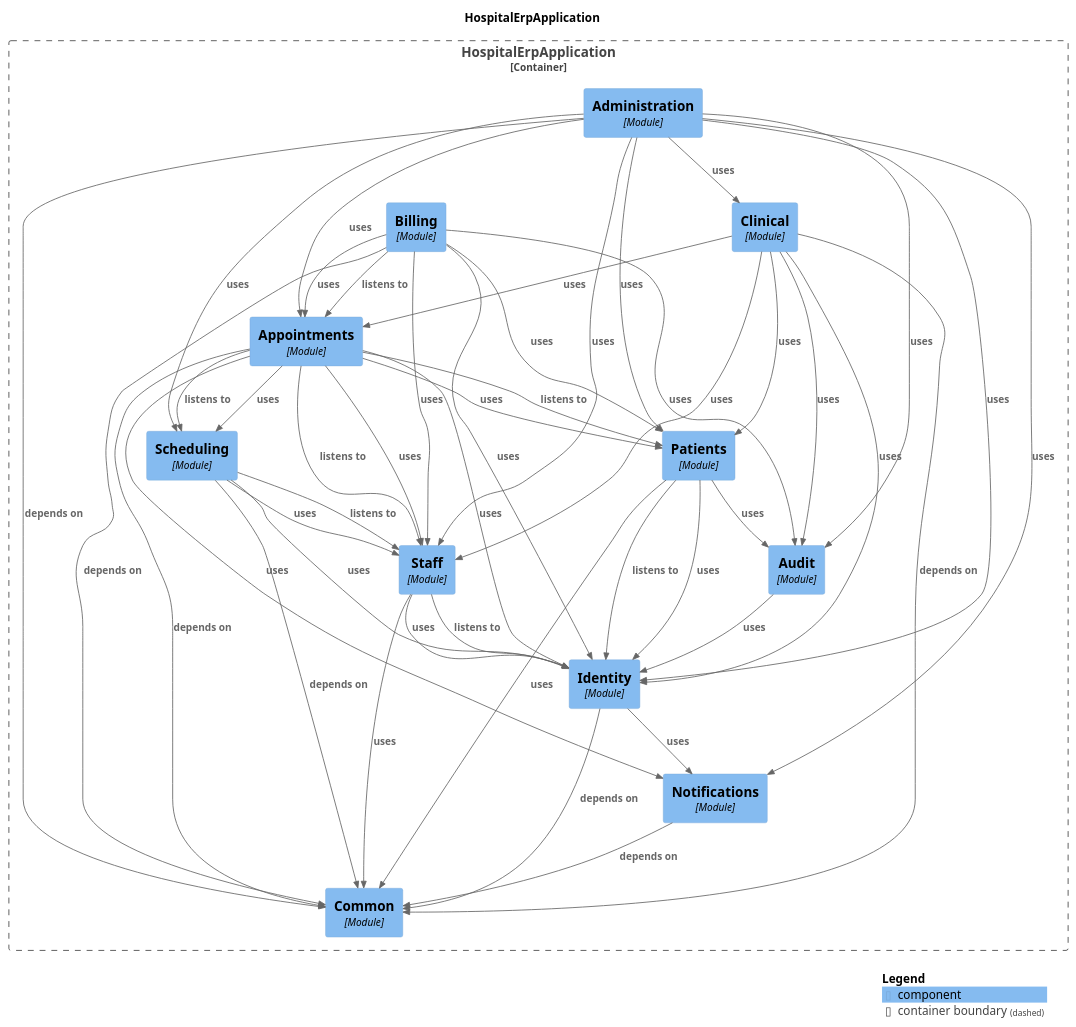
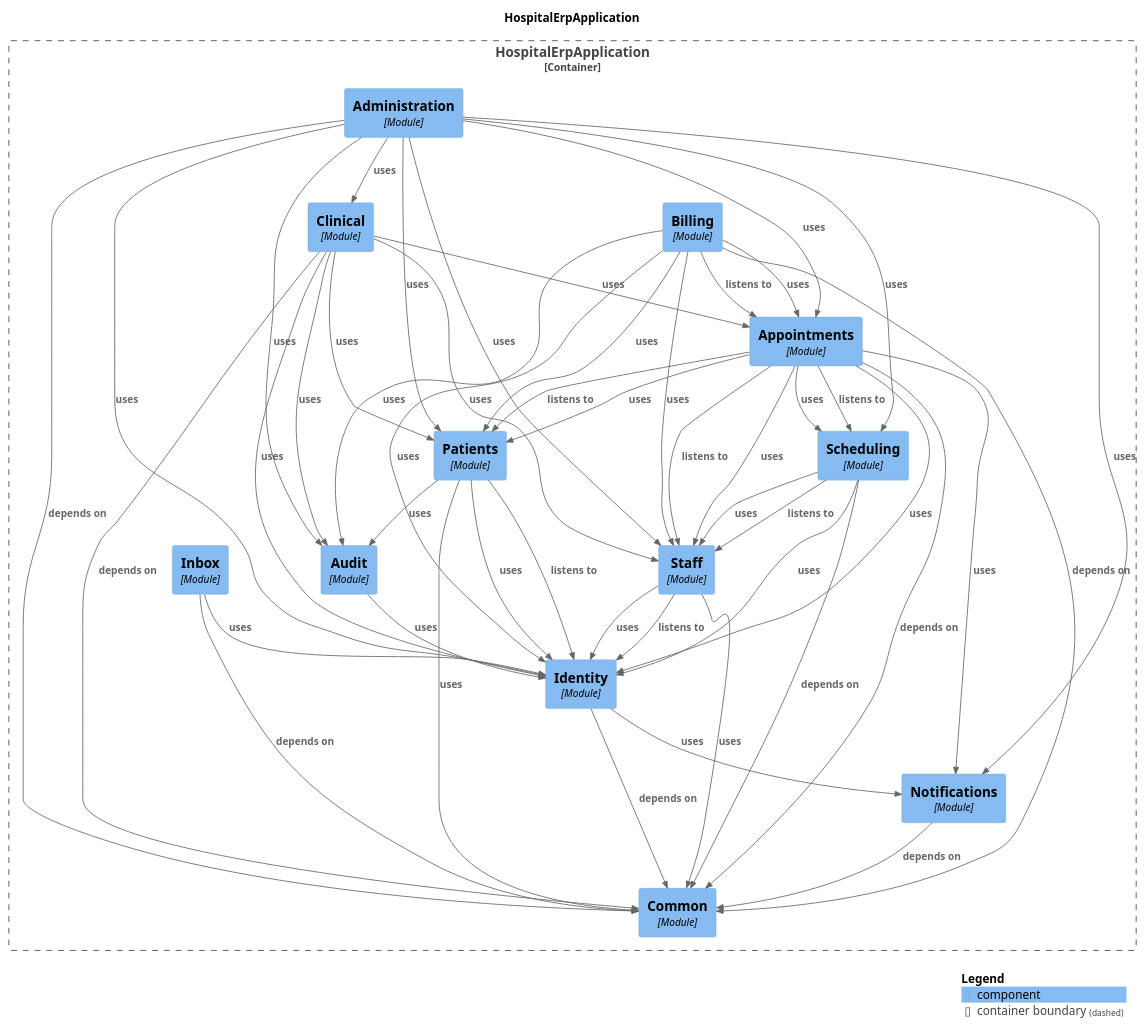
The diagram in docs/modules/components.puml (harshsharma5720/HospitalERP), drawn with PlantUML before and after one commit. The commit also changed 35 other files, not shown here.

```diff
--- a/docs/modules/components.puml
+++ b/docs/modules/components.puml
@@ -9,6 +9,7 @@
 !include <C4/C4_Component>
 
 Container_Boundary("HospitalErpApplication.HospitalErpApplication_boundary", "HospitalErpApplication", $tags="") {
+  Component(HospitalErpApplication.HospitalErpApplication.Scheduling, "Scheduling", $techn="Module", $descr="", $tags="", $link="")
   Component(HospitalErpApplication.HospitalErpApplication.Appointments, "Appointments", $techn="Module", $descr="", $tags="", $link="")
   Component(HospitalErpApplication.HospitalErpApplication.Billing, "Billing", $techn="Module", $descr="", $tags="", $link="")
   Component(HospitalErpApplication.HospitalErpApplication.Clinical, "Clinical", $techn="Module", $descr="", $tags="", $link="")
@@ -17,18 +18,50 @@
   Component(HospitalErpApplication.HospitalErpApplication.Notifications, "Notifications", $techn="Module", $descr="", $tags="", $link="")
   Component(HospitalErpApplication.HospitalErpApplication.Identity, "Identity", $techn="Module", $descr="", $tags="", $link="")
   Component(HospitalErpApplication.HospitalErpApplication.Audit, "Audit", $techn="Module", $descr="", $tags="", $link="")
+  Component(HospitalErpApplication.HospitalErpApplication.Inbox, "Inbox", $techn="Module", $descr="", $tags="", $link="")
   Component(HospitalErpApplication.HospitalErpApplication.Staff, "Staff", $techn="Module", $descr="", $tags="", $link="")
   Component(HospitalErpApplication.HospitalErpApplication.Patients, "Patients", $techn="Module", $descr="", $tags="", $link="")
-  Component(HospitalErpApplication.HospitalErpApplication.Scheduling, "Scheduling", $techn="Module", $descr="", $tags="", $link="")
 }
 
-Rel(HospitalErpApplication.HospitalErpApplication.Identity, HospitalErpApplication.HospitalErpApplication.Common, "depends on", $techn="", $tags="", $link="")
-Rel(HospitalErpApplication.HospitalErpApplication.Identity, HospitalErpApplication.HospitalErpApplication.Notifications, "uses", $techn="", $tags="", $link="")
-Rel(HospitalErpApplication.HospitalErpApplication.Audit, HospitalErpApplication.HospitalErpApplication.Identity, "uses", $techn="", $tags="", $link="")
+Rel(HospitalErpApplication.HospitalErpApplication.Billing, HospitalErpApplication.HospitalErpApplication.Appointments, "listens to", $techn="", $tags="", $link="")
+Rel(HospitalErpApplication.HospitalErpApplication.Billing, HospitalErpApplication.HospitalErpApplication.Common, "depends on", $techn="", $tags="", $link="")
+Rel(HospitalErpApplication.HospitalErpApplication.Billing, HospitalErpApplication.HospitalErpApplication.Identity, "uses", $techn="", $tags="", $link="")
+Rel(HospitalErpApplication.HospitalErpApplication.Billing, HospitalErpApplication.HospitalErpApplication.Appointments, "uses", $techn="", $tags="", $link="")
+Rel(HospitalErpApplication.HospitalErpApplication.Billing, HospitalErpApplication.HospitalErpApplication.Audit, "uses", $techn="", $tags="", $link="")
+Rel(HospitalErpApplication.HospitalErpApplication.Billing, HospitalErpApplication.HospitalErpApplication.Staff, "uses", $techn="", $tags="", $link="")
+Rel(HospitalErpApplication.HospitalErpApplication.Billing, HospitalErpApplication.HospitalErpApplication.Patients, "uses", $techn="", $tags="", $link="")
+Rel(HospitalErpApplication.HospitalErpApplication.Notifications, HospitalErpApplication.HospitalErpApplication.Common, "depends on", $techn="", $tags="", $link="")
 Rel(HospitalErpApplication.HospitalErpApplication.Scheduling, HospitalErpApplication.HospitalErpApplication.Staff, "listens to", $techn="", $tags="", $link="")
 Rel(HospitalErpApplication.HospitalErpApplication.Scheduling, HospitalErpApplication.HospitalErpApplication.Common, "depends on", $techn="", $tags="", $link="")
 Rel(HospitalErpApplication.HospitalErpApplication.Scheduling, HospitalErpApplication.HospitalErpApplication.Staff, "uses", $techn="", $tags="", $link="")
 Rel(HospitalErpApplication.HospitalErpApplication.Scheduling, HospitalErpApplication.HospitalErpApplication.Identity, "uses", $techn="", $tags="", $link="")
+Rel(HospitalErpApplication.HospitalErpApplication.Patients, HospitalErpApplication.HospitalErpApplication.Identity, "listens to", $techn="", $tags="", $link="")
+Rel(HospitalErpApplication.HospitalErpApplication.Patients, HospitalErpApplication.HospitalErpApplication.Identity, "uses", $techn="", $tags="", $link="")
+Rel(HospitalErpApplication.HospitalErpApplication.Patients, HospitalErpApplication.HospitalErpApplication.Common, "uses", $techn="", $tags="", $link="")
+Rel(HospitalErpApplication.HospitalErpApplication.Patients, HospitalErpApplication.HospitalErpApplication.Audit, "uses", $techn="", $tags="", $link="")
+Rel(HospitalErpApplication.HospitalErpApplication.Audit, HospitalErpApplication.HospitalErpApplication.Identity, "uses", $techn="", $tags="", $link="")
+Rel(HospitalErpApplication.HospitalErpApplication.Inbox, HospitalErpApplication.HospitalErpApplication.Common, "depends on", $techn="", $tags="", $link="")
+Rel(HospitalErpApplication.HospitalErpApplication.Inbox, HospitalErpApplication.HospitalErpApplication.Identity, "uses", $techn="", $tags="", $link="")
+Rel(HospitalErpApplication.HospitalErpApplication.Staff, HospitalErpApplication.HospitalErpApplication.Identity, "listens to", $techn="", $tags="", $link="")
+Rel(HospitalErpApplication.HospitalErpApplication.Staff, HospitalErpApplication.HospitalErpApplication.Identity, "uses", $techn="", $tags="", $link="")
+Rel(HospitalErpApplication.HospitalErpApplication.Staff, HospitalErpApplication.HospitalErpApplication.Common, "uses", $techn="", $tags="", $link="")
+Rel(HospitalErpApplication.HospitalErpApplication.Clinical, HospitalErpApplication.HospitalErpApplication.Common, "depends on", $techn="", $tags="", $link="")
+Rel(HospitalErpApplication.HospitalErpApplication.Clinical, HospitalErpApplication.HospitalErpApplication.Appointments, "uses", $techn="", $tags="", $link="")
+Rel(HospitalErpApplication.HospitalErpApplication.Clinical, HospitalErpApplication.HospitalErpApplication.Staff, "uses", $techn="", $tags="", $link="")
+Rel(HospitalErpApplication.HospitalErpApplication.Clinical, HospitalErpApplication.HospitalErpApplication.Patients, "uses", $techn="", $tags="", $link="")
+Rel(HospitalErpApplication.HospitalErpApplication.Clinical, HospitalErpApplication.HospitalErpApplication.Identity, "uses", $techn="", $tags="", $link="")
+Rel(HospitalErpApplication.HospitalErpApplication.Clinical, HospitalErpApplication.HospitalErpApplication.Audit, "uses", $techn="", $tags="", $link="")
+Rel(HospitalErpApplication.HospitalErpApplication.Appointments, HospitalErpApplication.HospitalErpApplication.Staff, "listens to", $techn="", $tags="", $link="")
+Rel(HospitalErpApplication.HospitalErpApplication.Appointments, HospitalErpApplication.HospitalErpApplication.Patients, "listens to", $techn="", $tags="", $link="")
+Rel(HospitalErpApplication.HospitalErpApplication.Appointments, HospitalErpApplication.HospitalErpApplication.Scheduling, "listens to", $techn="", $tags="", $link="")
+Rel(HospitalErpApplication.HospitalErpApplication.Appointments, HospitalErpApplication.HospitalErpApplication.Common, "depends on", $techn="", $tags="", $link="")
+Rel(HospitalErpApplication.HospitalErpApplication.Appointments, HospitalErpApplication.HospitalErpApplication.Patients, "uses", $techn="", $tags="", $link="")
+Rel(HospitalErpApplication.HospitalErpApplication.Appointments, HospitalErpApplication.HospitalErpApplication.Staff, "uses", $techn="", $tags="", $link="")
+Rel(HospitalErpApplication.HospitalErpApplication.Appointments, HospitalErpApplication.HospitalErpApplication.Scheduling, "uses", $techn="", $tags="", $link="")
+Rel(HospitalErpApplication.HospitalErpApplication.Appointments, HospitalErpApplication.HospitalErpApplication.Identity, "uses", $techn="", $tags="", $link="")
+Rel(HospitalErpApplication.HospitalErpApplication.Appointments, HospitalErpApplication.HospitalErpApplication.Notifications, "uses", $techn="", $tags="", $link="")
+Rel(HospitalErpApplication.HospitalErpApplication.Identity, HospitalErpApplication.HospitalErpApplication.Common, "depends on", $techn="", $tags="", $link="")
+Rel(HospitalErpApplication.HospitalErpApplication.Identity, HospitalErpApplication.HospitalErpApplication.Notifications, "uses", $techn="", $tags="", $link="")
 Rel(HospitalErpApplication.HospitalErpApplication.Administration, HospitalErpApplication.HospitalErpApplication.Common, "depends on", $techn="", $tags="", $link="")
 Rel(HospitalErpApplication.HospitalErpApplication.Administration, HospitalErpApplication.HospitalErpApplication.Identity, "uses", $techn="", $tags="", $link="")
 Rel(HospitalErpApplication.HospitalErpApplication.Administration, HospitalErpApplication.HospitalErpApplication.Patients, "uses", $techn="", $tags="", $link="")
@@ -38,36 +71,6 @@
 Rel(HospitalErpApplication.HospitalErpApplication.Administration, HospitalErpApplication.HospitalErpApplication.Notifications, "uses", $techn="", $tags="", $link="")
 Rel(HospitalErpApplication.HospitalErpApplication.Administration, HospitalErpApplication.HospitalErpApplication.Clinical, "uses", $techn="", $tags="", $link="")
 Rel(HospitalErpApplication.HospitalErpApplication.Administration, HospitalErpApplication.HospitalErpApplication.Scheduling, "uses", $techn="", $tags="", $link="")
-Rel(HospitalErpApplication.HospitalErpApplication.Notifications, HospitalErpApplication.HospitalErpApplication.Common, "depends on", $techn="", $tags="", $link="")
-Rel(HospitalErpApplication.HospitalErpApplication.Staff, HospitalErpApplication.HospitalErpApplication.Identity, "listens to", $techn="", $tags="", $link="")
-Rel(HospitalErpApplication.HospitalErpApplication.Staff, HospitalErpApplication.HospitalErpApplication.Identity, "uses", $techn="", $tags="", $link="")
-Rel(HospitalErpApplication.HospitalErpApplication.Staff, HospitalErpApplication.HospitalErpApplication.Common, "uses", $techn="", $tags="", $link="")
-Rel(HospitalErpApplication.HospitalErpApplication.Appointments, HospitalErpApplication.HospitalErpApplication.Staff, "listens to", $techn="", $tags="", $link="")
-Rel(HospitalErpApplication.HospitalErpApplication.Appointments, HospitalErpApplication.HospitalErpApplication.Patients, "listens to", $techn="", $tags="", $link="")
-Rel(HospitalErpApplication.HospitalErpApplication.Appointments, HospitalErpApplication.HospitalErpApplication.Scheduling, "listens to", $techn="", $tags="", $link="")
-Rel(HospitalErpApplication.HospitalErpApplication.Appointments, HospitalErpApplication.HospitalErpApplication.Common, "depends on", $techn="", $tags="", $link="")
-Rel(HospitalErpApplication.HospitalErpApplication.Appointments, HospitalErpApplication.HospitalErpApplication.Patients, "uses", $techn="", $tags="", $link="")
-Rel(HospitalErpApplication.HospitalErpApplication.Appointments, HospitalErpApplication.HospitalErpApplication.Staff, "uses", $techn="", $tags="", $link="")
-Rel(HospitalErpApplication.HospitalErpApplication.Appointments, HospitalErpApplication.HospitalErpApplication.Scheduling, "uses", $techn="", $tags="", $link="")
-Rel(HospitalErpApplication.HospitalErpApplication.Appointments, HospitalErpApplication.HospitalErpApplication.Identity, "uses", $techn="", $tags="", $link="")
-Rel(HospitalErpApplication.HospitalErpApplication.Appointments, HospitalErpApplication.HospitalErpApplication.Notifications, "uses", $techn="", $tags="", $link="")
-Rel(HospitalErpApplication.HospitalErpApplication.Billing, HospitalErpApplication.HospitalErpApplication.Appointments, "listens to", $techn="", $tags="", $link="")
-Rel(HospitalErpApplication.HospitalErpApplication.Billing, HospitalErpApplication.HospitalErpApplication.Common, "depends on", $techn="", $tags="", $link="")
-Rel(HospitalErpApplication.HospitalErpApplication.Billing, HospitalErpApplication.HospitalErpApplication.Identity, "uses", $techn="", $tags="", $link="")
-Rel(HospitalErpApplication.HospitalErpApplication.Billing, HospitalErpApplication.HospitalErpApplication.Appointments, "uses", $techn="", $tags="", $link="")
-Rel(HospitalErpApplication.HospitalErpApplication.Billing, HospitalErpApplication.HospitalErpApplication.Audit, "uses", $techn="", $tags="", $link="")
-Rel(HospitalErpApplication.HospitalErpApplication.Billing, HospitalErpApplication.HospitalErpApplication.Staff, "uses", $techn="", $tags="", $link="")
-Rel(HospitalErpApplication.HospitalErpApplication.Billing, HospitalErpApplication.HospitalErpApplication.Patients, "uses", $techn="", $tags="", $link="")
-Rel(HospitalErpApplication.HospitalErpApplication.Clinical, HospitalErpApplication.HospitalErpApplication.Common, "depends on", $techn="", $tags="", $link="")
-Rel(HospitalErpApplication.HospitalErpApplication.Clinical, HospitalErpApplication.HospitalErpApplication.Appointments, "uses", $techn="", $tags="", $link="")
-Rel(HospitalErpApplication.HospitalErpApplication.Clinical, HospitalErpApplication.HospitalErpApplication.Staff, "uses", $techn="", $tags="", $link="")
-Rel(HospitalErpApplication.HospitalErpApplication.Clinical, HospitalErpApplication.HospitalErpApplication.Patients, "uses", $techn="", $tags="", $link="")
-Rel(HospitalErpApplication.HospitalErpApplication.Clinical, HospitalErpApplication.HospitalErpApplication.Identity, "uses", $techn="", $tags="", $link="")
-Rel(HospitalErpApplication.HospitalErpApplication.Clinical, HospitalErpApplication.HospitalErpApplication.Audit, "uses", $techn="", $tags="", $link="")
-Rel(HospitalErpApplication.HospitalErpApplication.Patients, HospitalErpApplication.HospitalErpApplication.Identity, "listens to", $techn="", $tags="", $link="")
-Rel(HospitalErpApplication.HospitalErpApplication.Patients, HospitalErpApplication.HospitalErpApplication.Identity, "uses", $techn="", $tags="", $link="")
-Rel(HospitalErpApplication.HospitalErpApplication.Patients, HospitalErpApplication.HospitalErpApplication.Common, "uses", $techn="", $tags="", $link="")
-Rel(HospitalErpApplication.HospitalErpApplication.Patients, HospitalErpApplication.HospitalErpApplication.Audit, "uses", $techn="", $tags="", $link="")
 
 SHOW_LEGEND(true)
 @enduml
```
